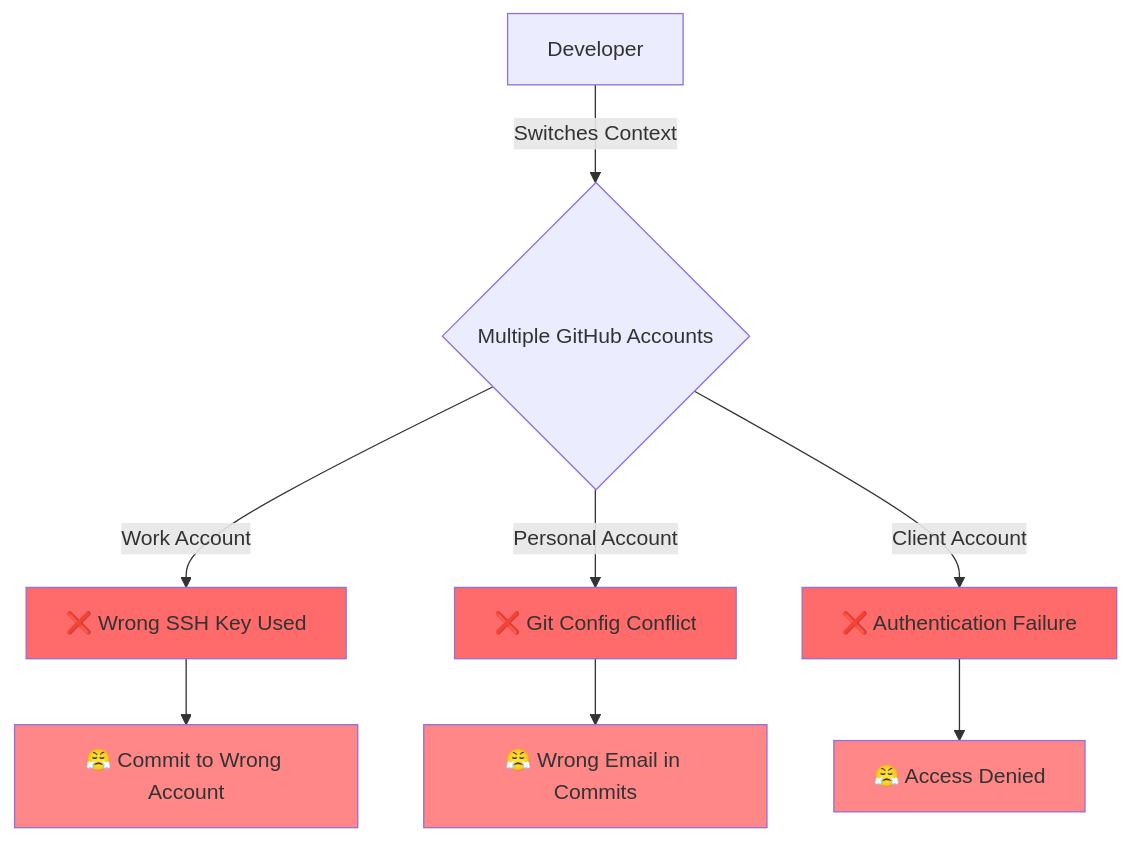
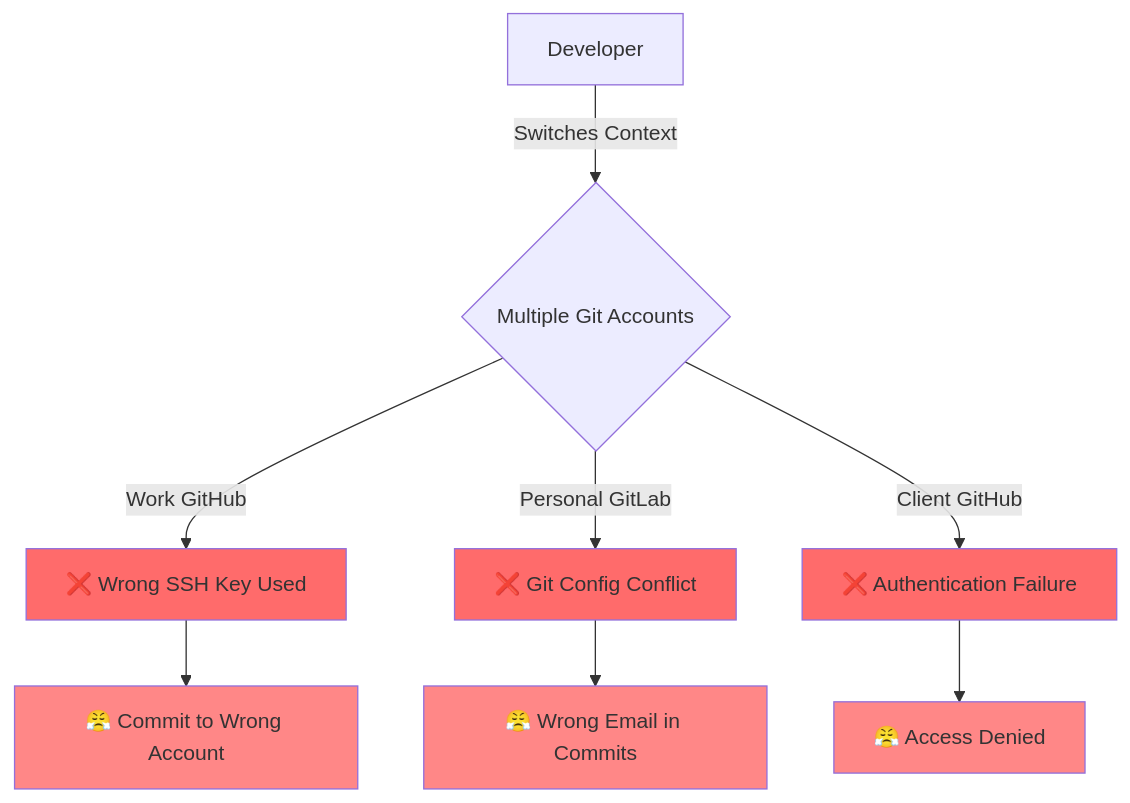
Before and after one commit to techishthoughts-org/gitshift: the first of 6 diagrams in README.md, drawn with Mermaid. The commit also changed other lines of this file and 10 other files, not shown here.

First line of the commit message:
feat: add multi-platform support for GitHub, GitLab, and more

````diff
--- a/README.md
+++ b/README.md
@@ -58,18 +62,18 @@
 ```mermaid
 graph TD
-    A[Developer] -->|Switches Context| B{Multiple GitHub Accounts}
-    B -->|Work Account| C[❌ Wrong SSH Key Used]
-    B -->|Personal Account| D[❌ Git Config Conflict]
-    B -->|Client Account| E[❌ Authentication Failure]
+    A[Developer] -->|Switches Context| B{Multiple Git Accounts}
+    B -->|Work GitHub| C[❌ Wrong SSH Key Used]
+    B -->|Personal GitLab| D[❌ Git Config Conflict]
+    B -->|Client GitHub| E[❌ Authentication Failure]
 
     C --> F[😤 Commit to Wrong Account]
     D --> G[😤 Wrong Email in Commits]
     E --> H[😤 Access Denied]
 
     style C fill:#ff6b6b
     style D fill:#ff6b6b
     style E fill:#ff6b6b
     style F fill:#ff8787
     style G fill:#ff8787
     style H fill:#ff8787
 ```
````
